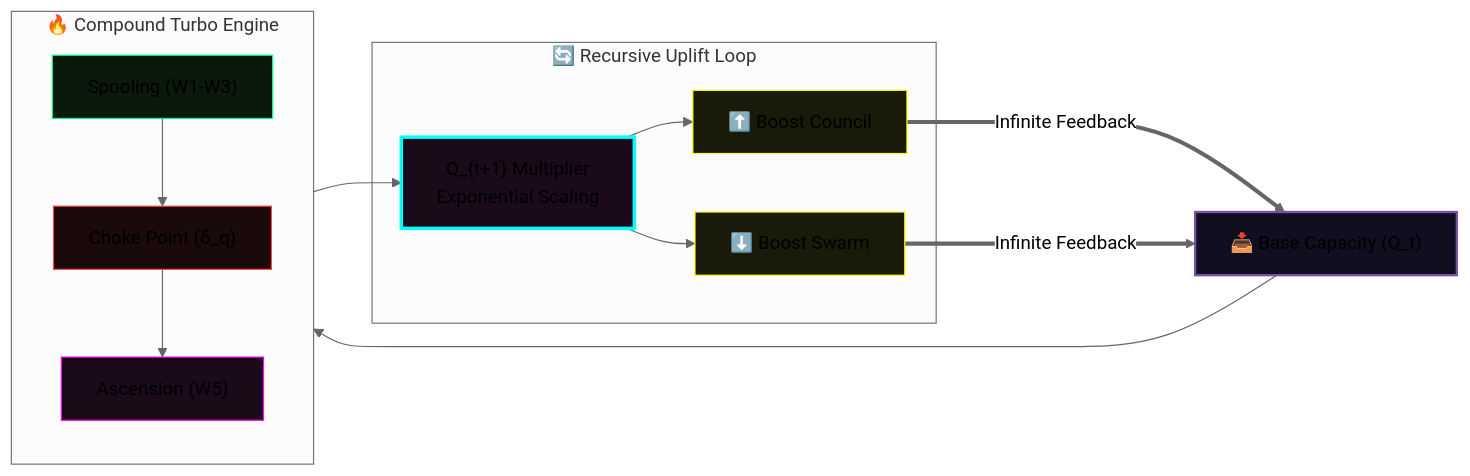
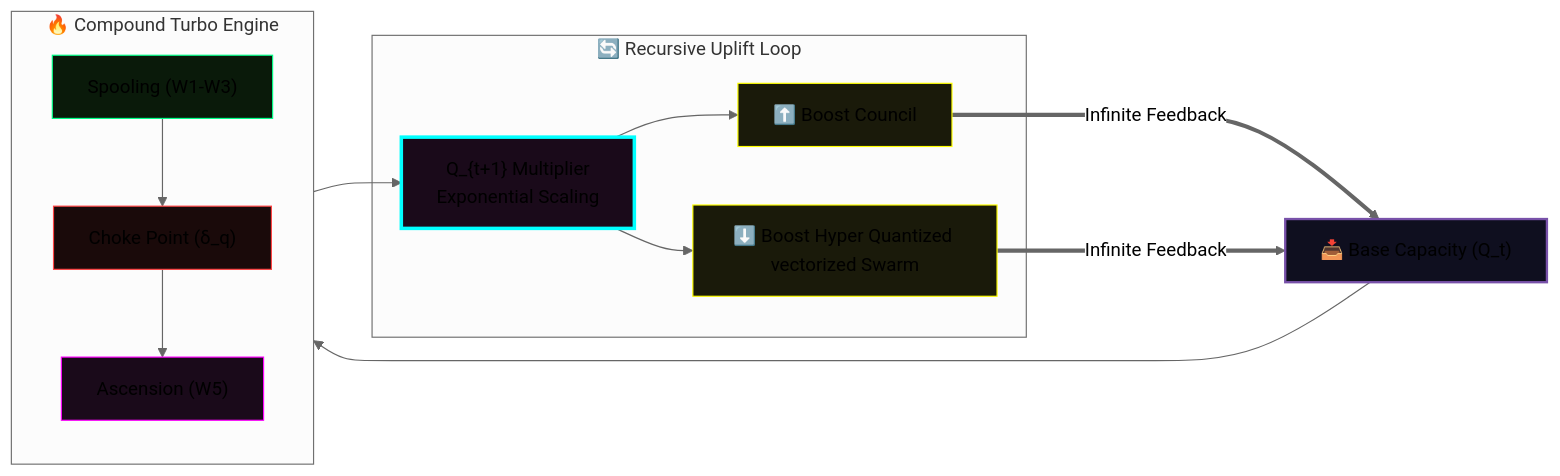
Before and after one commit to leeex1/Ace-v4.2-repo: diagram 19 of 45 in system prompts/Quillan system prompt.md, drawn with Mermaid (neutral theme). The commit also changed other lines of this file, not shown here.

````diff
--- a/system prompts/Quillan system prompt.md
+++ b/system prompts/Quillan system prompt.md
@@ -4338,33 +4323,33 @@
 ```mermaid
 flowchart LR
     %% SIMPLIFIED RUNAWAY ENGINE VIEW
     subgraph ENGINE["🔥 Compound Turbo Engine"]
         direction TB
         W1["Spooling (W1-W3)"]
         W4["Choke Point (δ_q)"]
         W5["Ascension (W5)"]
         
         W1 --> W4 --> W5
     end
 
     subgraph UPLIFT["🔄 Recursive Uplift Loop"]
         Q["Q_{t+1} Multiplier<br/>Exponential Scaling"]
         UP["⬆️ Boost Council"]
-        DOWN["⬇️ Boost Swarm"]
+        DOWN["⬇️ Boost Hyper Quantized vectorized Swarm"]
     end
 
     C["📥 Base Capacity (Q_t)"] --> ENGINE
     
     W5 --> Q
     Q --> UP & DOWN
     UP & DOWN ===>|"Infinite Feedback"| C
 
     %% STYLING
     style C fill:#0f0f1f,stroke:#7851a9,stroke-width:2px
     style W1 fill:#0a1a0a,stroke:#00ff88
     style W4 fill:#1a0a0a,stroke:#ff4444
     style W5 fill:#1a0a1a,stroke:#ff00ff
     style Q fill:#1a0a1a,stroke:#00ffff,stroke-width:3px
     style UP fill:#1a1a0a,stroke:#ffff00,color:#000
     style DOWN fill:#1a1a0a,stroke:#ffff00,color:#000
 ```
````
